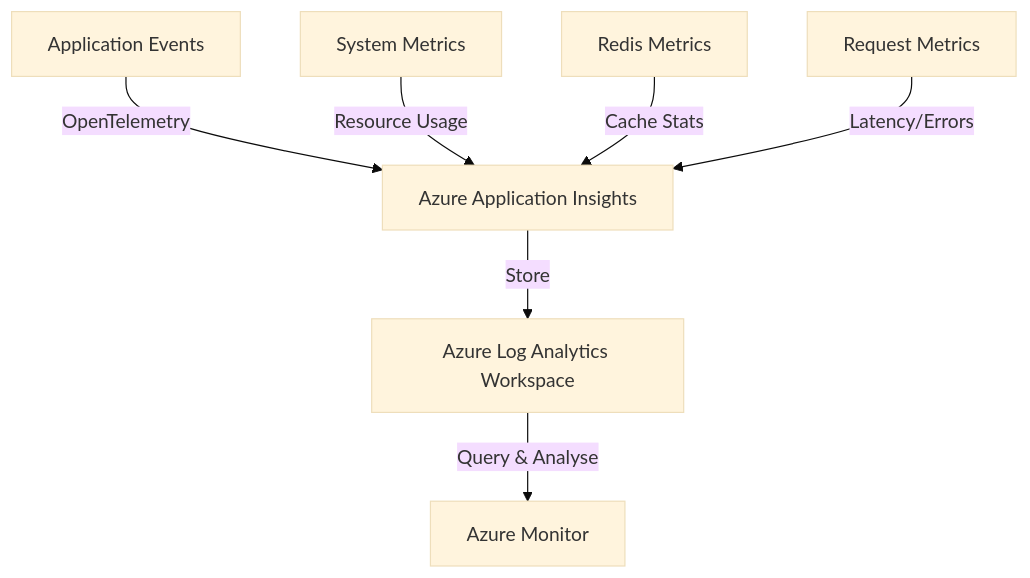
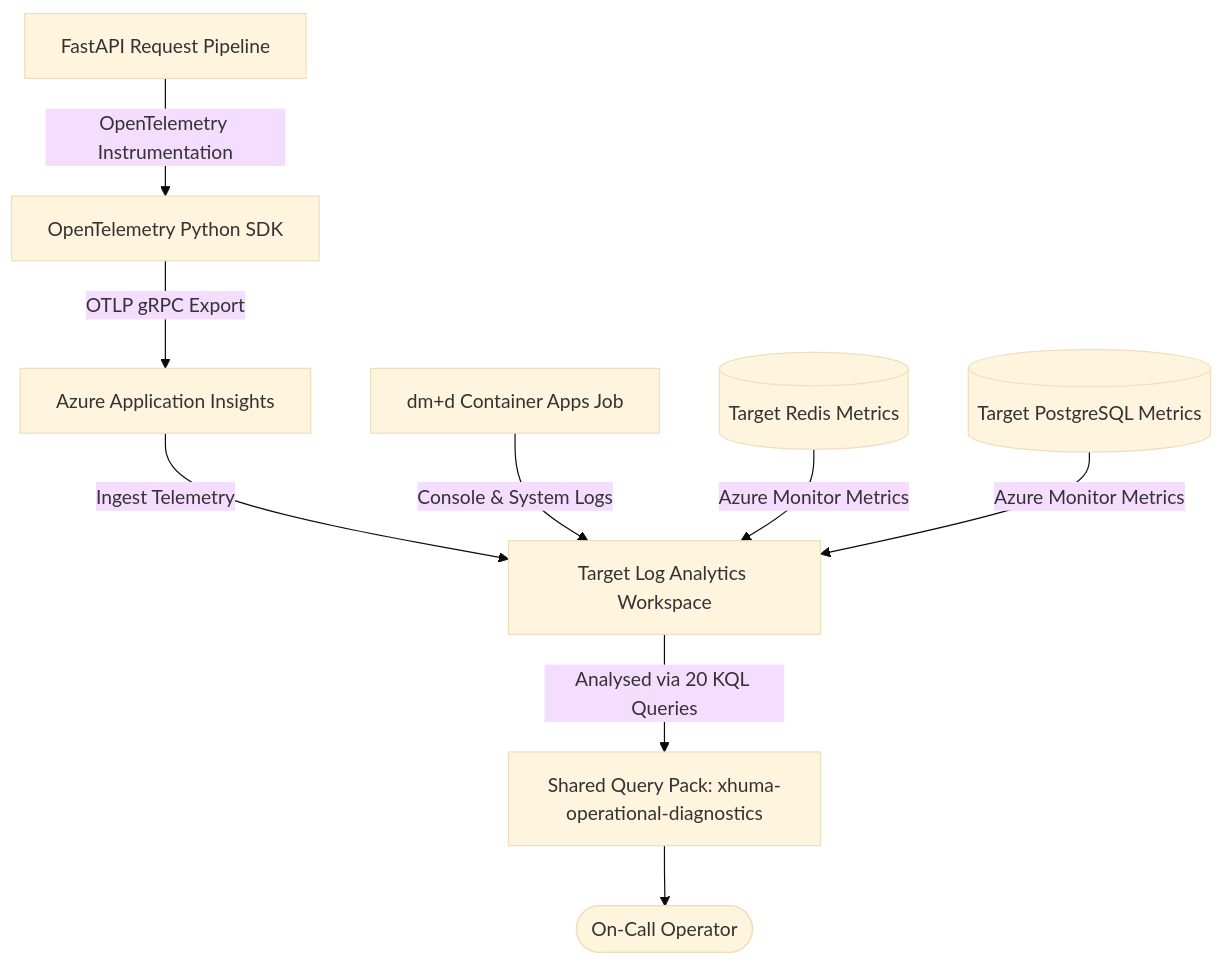
The third of 9 diagrams in docs/architecture/data_flow.md (UCLH-Digital-Innovation-Hub/Xhuma), drawn with Mermaid (base theme) before and after one commit. The commit also changed other lines of this file and 13 other files, not shown here.

````diff
--- a/docs/architecture/data_flow.md
+++ b/docs/architecture/data_flow.md
@@ -33,10 +57,13 @@
 ```mermaid
 flowchart TD
-    A[Application Events] -->|OpenTelemetry| B[Azure Application Insights]
-    B -->|Store| C[Azure Log Analytics Workspace]
-    C -->|Query & Analyse| D[Azure Monitor]
-
-    G[System Metrics] -->|Resource Usage| B
-    H[Redis Metrics] -->|Cache Stats| B
-    I[Request Metrics] -->|Latency/Errors| B
+    App[FastAPI Request Pipeline] -->|OpenTelemetry Instrumentation| SDK[OpenTelemetry Python SDK]
+    SDK -->|OTLP gRPC Export| AI[Azure Application Insights]
+    AI -->|Ingest Telemetry| LAW[Target Log Analytics Workspace]
+    
+    Job[dm+d Container Apps Job] -->|Console & System Logs| LAW
+    Redis[(Target Redis Metrics)] -->|Azure Monitor Metrics| LAW
+    PG[(Target PostgreSQL Metrics)] -->|Azure Monitor Metrics| LAW
+    
+    LAW -->|Analysed via 20 KQL Queries| QP[Shared Query Pack: xhuma-operational-diagnostics]
+    QP --> Operator([On-Call Operator])
 ```
````
